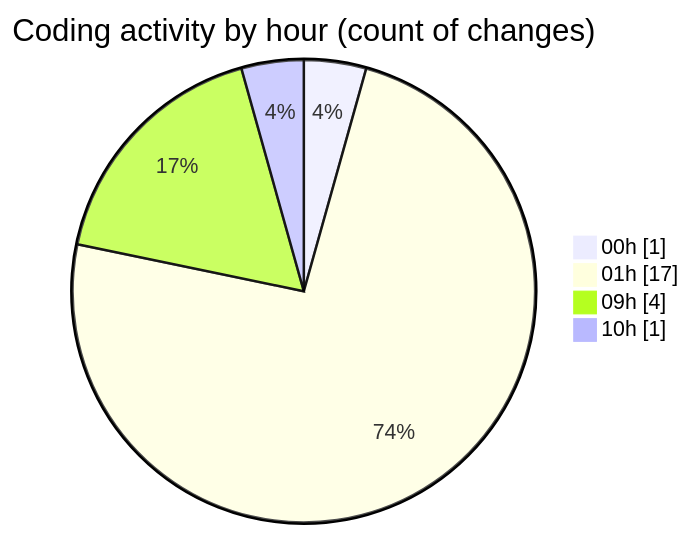
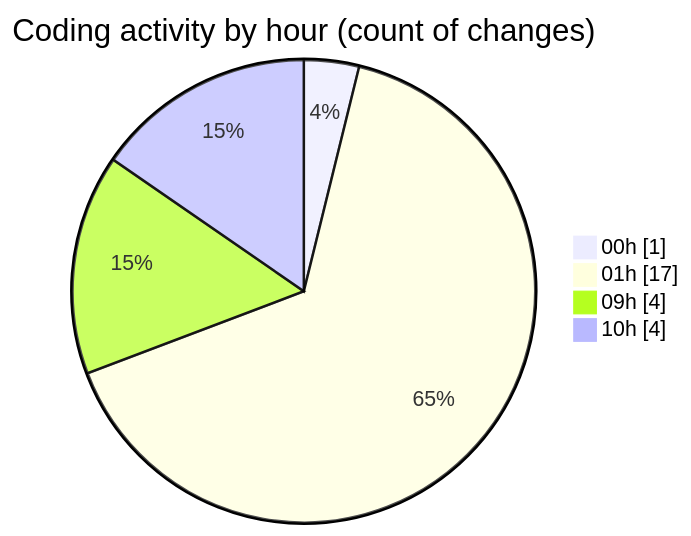
One commit to julien-gomy/code-tracking changed the second of 2 diagrams in 2025-11-01/cdp_aleoudev_fr__workspace_/README.md. Above: the diagram before and after it, drawn with Mermaid. The commit also changed other lines of this file and 1 other file, not shown here.

````diff
--- a/2025-11-01/cdp_aleoudev_fr__workspace_/README.md
+++ b/2025-11-01/cdp_aleoudev_fr__workspace_/README.md
@@ -32,8 +33,8 @@
 ```mermaid
 pie showData
 title Coding activity by hour (count of changes)
 "00h" : 1
 "01h" : 17
 "09h" : 4
-"10h" : 1
+"10h" : 4
 ```
````
